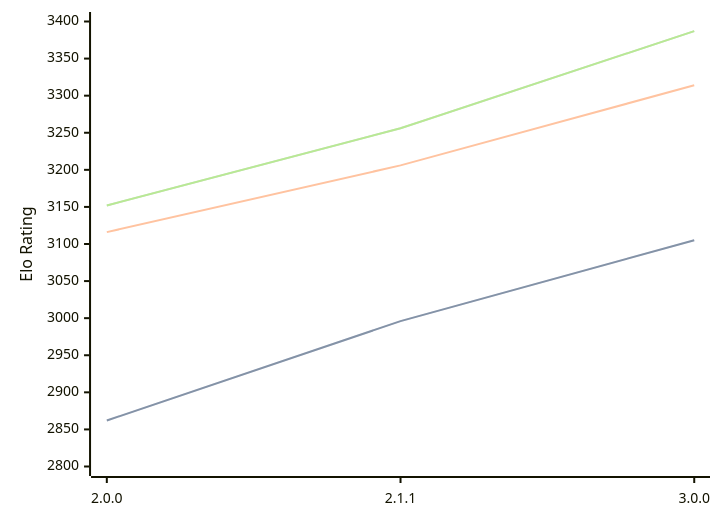
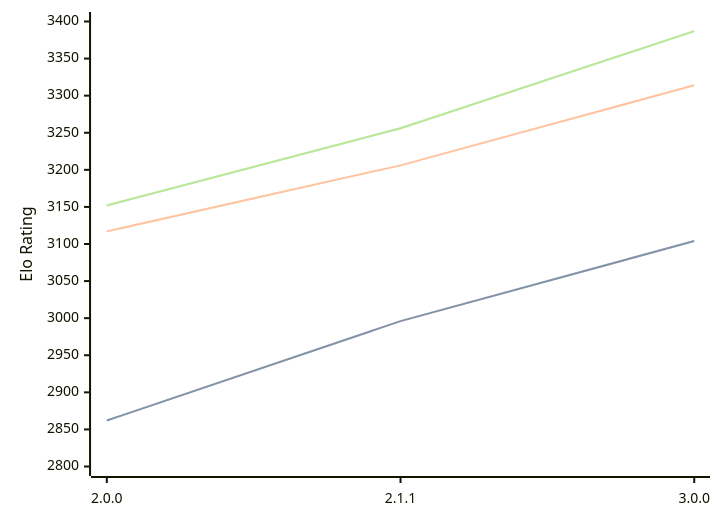
One commit to computer-chess-index/cci changed the diagram in engines/Bread.md. Above: the diagram before and after it, drawn with Mermaid. The commit also changed other lines of this file, not shown here.

````diff
--- a/engines/Bread.md
+++ b/engines/Bread.md
@@ -36,11 +36,11 @@
 ```mermaid
 %%{init: {"theme":"base","themeVariables":{"seriesColors:['#a3a3a3','#222221','#faa371']}}}%%
 xychart-beta
   x-axis ["2.0.0", "2.1.1", "3.0.0"]
   y-axis "Elo Rating" 2800 --> 3400
-  line "" [2862, 2996, 3105]
-  line "STC (8.0+0.08s)" [2862, 2996, 3105]
-  line "LTC (60.0+0.60s)" [3116, 3206, 3314]
+  line "" [2862, 2996, 3104]
+  line "STC (8.0+0.08s)" [2862, 2996, 3104]
+  line "LTC (60.0+0.60s)" [3117, 3206, 3314]
   line "" [3152, 3256, 3387]
   line "VLTC (2m24s+1.12s)" [3152, 3256, 3387]
 ```
````
